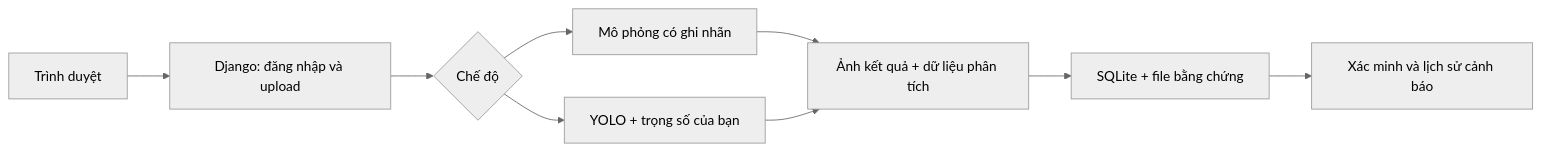
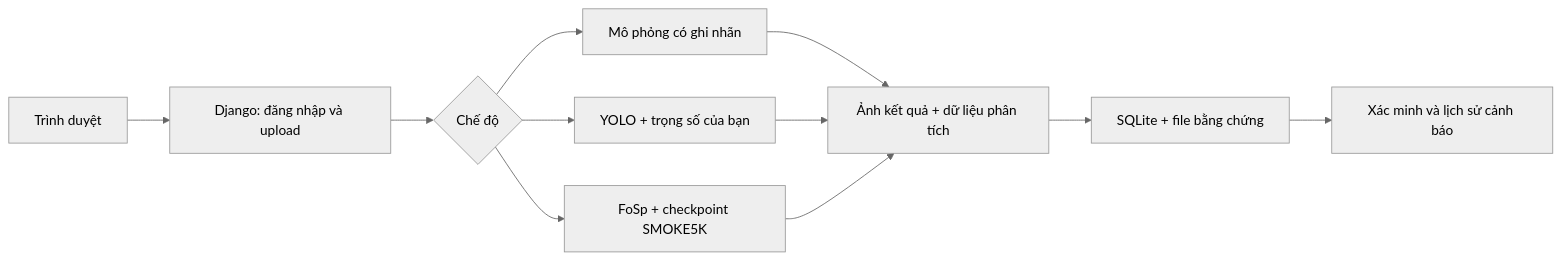
The diagram in README.md (Nguyenleduy0709/forestwatch-mvp), drawn with Mermaid (neutral theme) before and after one commit. The commit also changed other lines of this file and 14 other files, not shown here.

````diff
--- a/README.md
+++ b/README.md
@@ -146,11 +171,13 @@
 ```mermaid
 flowchart LR
  A[Trình duyệt] --> B[Django: đăng nhập và upload]
  B --> C{Chế độ}
  C --> D[Mô phỏng có ghi nhãn]
  C --> E[YOLO + trọng số của bạn]
+ C --> S[FoSp + checkpoint SMOKE5K]
  D --> F[Ảnh kết quả + dữ liệu phân tích]
  E --> F
+ S --> F
  F --> G[SQLite + file bằng chứng]
  G --> H[Xác minh và lịch sử cảnh báo]
 ```
````
